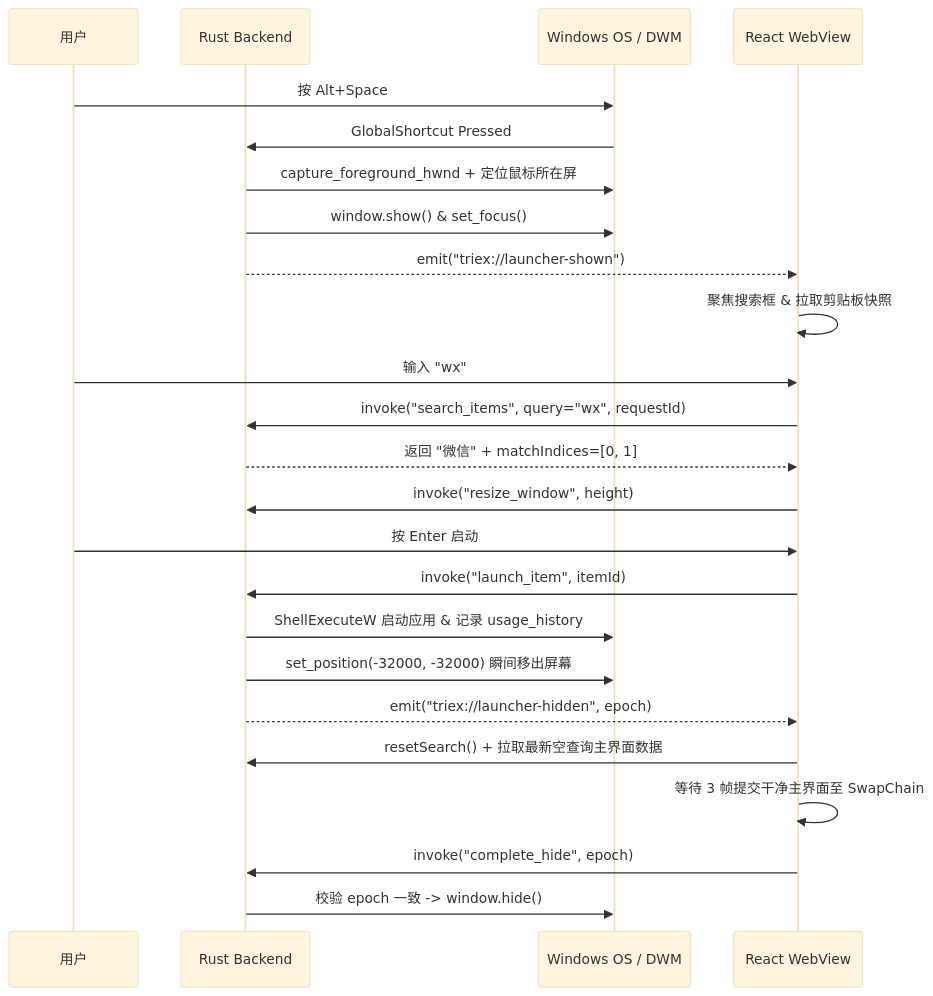
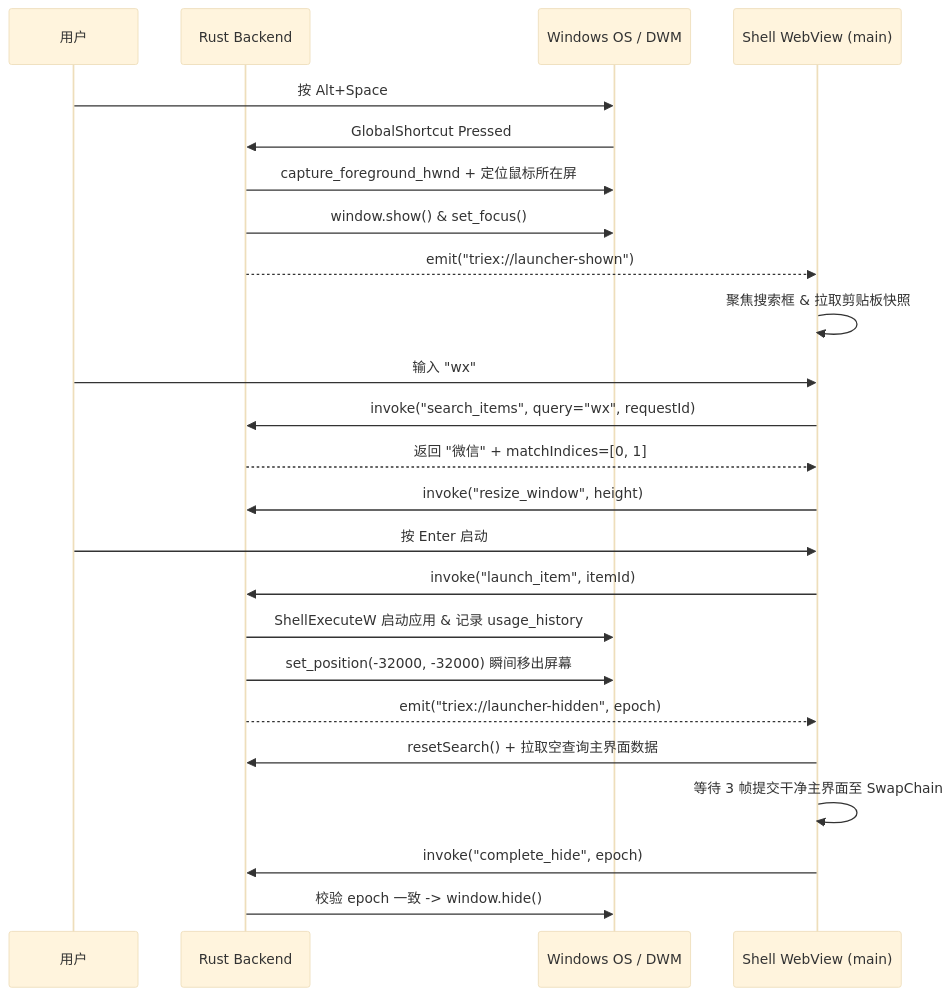
Before and after one commit to zephyraluco/triex: the second of 2 diagrams in docs/architecture.md, drawn with Mermaid (base theme). The commit also changed other lines of this file and 53 other files, not shown here.

````diff
--- a/docs/architecture.md
+++ b/docs/architecture.md
@@ -187,29 +152,29 @@
 ```mermaid
 sequenceDiagram
     participant User as 用户
     participant Rust as Rust Backend
     participant Win as Windows OS / DWM
-    participant Web as React WebView
+    participant Web as Shell WebView (main)
 
     User->>Win: 按 Alt+Space
     Win->>Rust: GlobalShortcut Pressed
     Rust->>Win: capture_foreground_hwnd + 定位鼠标所在屏
     Rust->>Win: window.show() & set_focus()
     Rust-->>Web: emit("triex://launcher-shown")
     Web->>Web: 聚焦搜索框 & 拉取剪贴板快照
 
     User->>Web: 输入 "wx"
     Web->>Rust: invoke("search_items", query="wx", requestId)
     Rust-->>Web: 返回 "微信" + matchIndices=[0, 1]
     Web->>Rust: invoke("resize_window", height)
 
     User->>Web: 按 Enter 启动
     Web->>Rust: invoke("launch_item", itemId)
     Rust->>Win: ShellExecuteW 启动应用 & 记录 usage_history
     Rust->>Win: set_position(-32000, -32000) 瞬间移出屏幕
     Rust-->>Web: emit("triex://launcher-hidden", epoch)
-    Web->>Rust: resetSearch() + 拉取最新空查询主界面数据
+    Web->>Rust: resetSearch() + 拉取空查询主界面数据
     Web->>Web: 等待 3 帧提交干净主界面至 SwapChain
     Web->>Rust: invoke("complete_hide", epoch)
     Rust->>Win: 校验 epoch 一致 -> window.hide()
 ```
````
